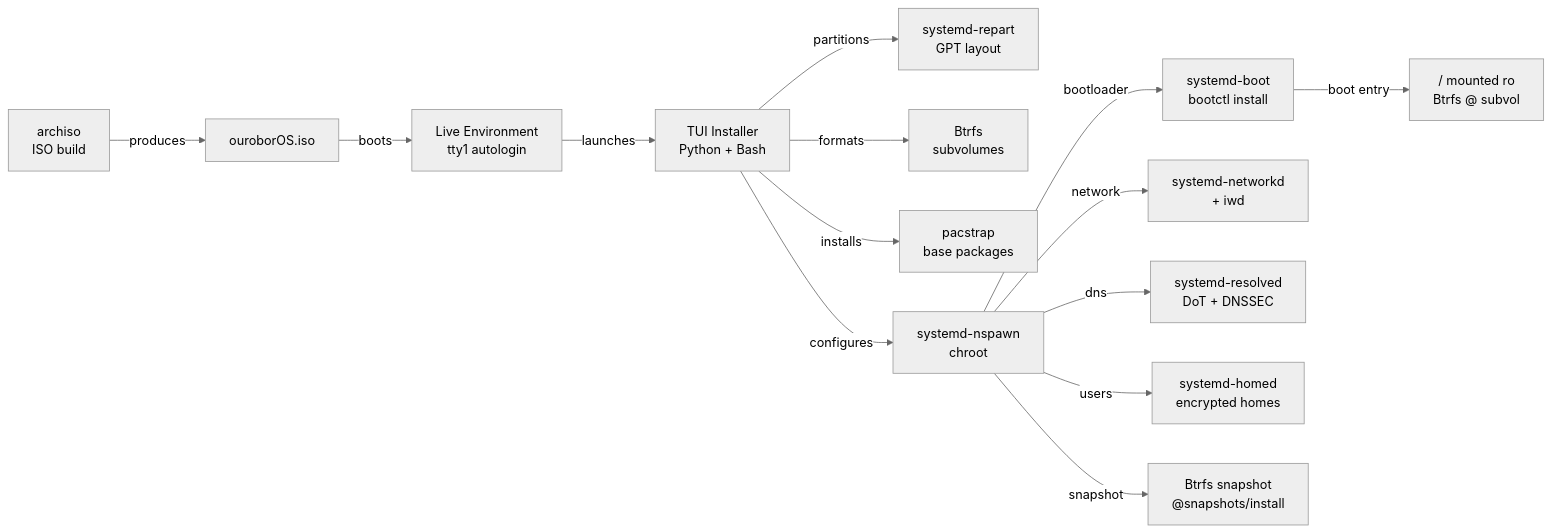
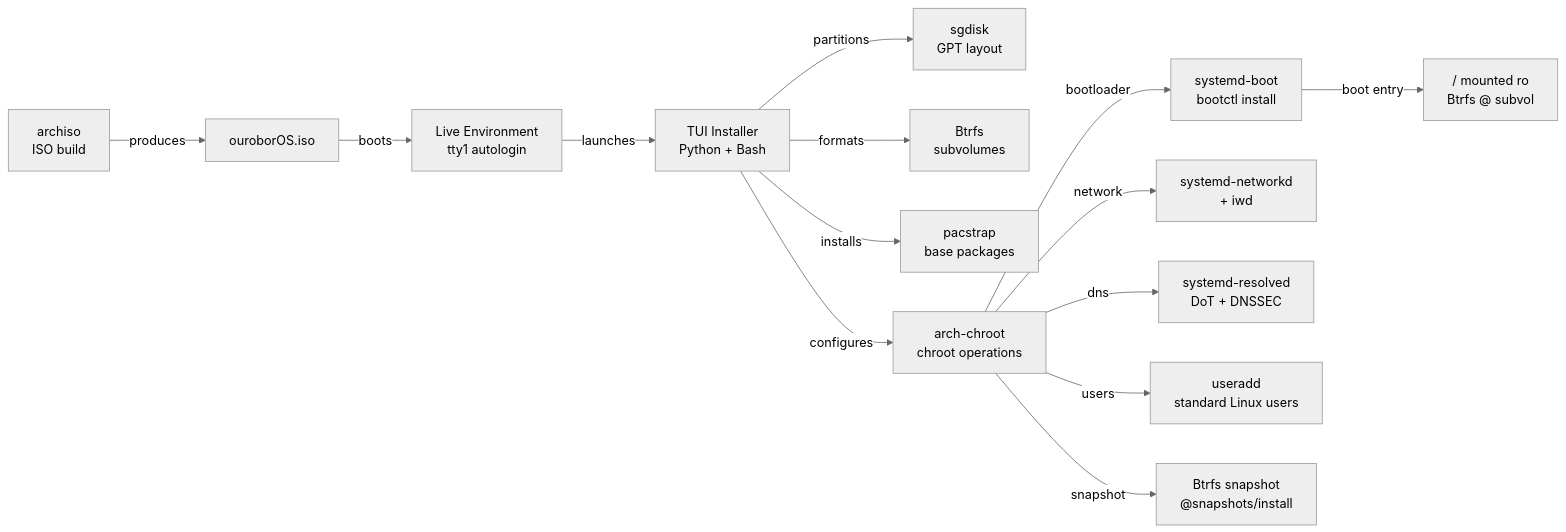
The second of 2 diagrams in docs/architecture/overview.md (Arkh-Ur/ouroborOS), drawn with Mermaid (neutral theme) before and after one commit. The commit also changed other lines of this file and 9 other files, not shown here.

````diff
--- a/docs/architecture/overview.md
+++ b/docs/architecture/overview.md
@@ -52,19 +52,19 @@
 ```mermaid
 graph LR
     archiso["archiso\nISO build"] -->|produces| ISO["ouroborOS.iso"]
     ISO -->|boots| Live["Live Environment\ntty1 autologin"]
     Live -->|launches| Installer["TUI Installer\nPython + Bash"]
 
-    Installer -->|partitions| REPART["systemd-repart\nGPT layout"]
+    Installer -->|partitions| SGDISK["sgdisk\nGPT layout"]
     Installer -->|formats| BTRFS["Btrfs\nsubvolumes"]
     Installer -->|installs| PACSTRAP["pacstrap\nbase packages"]
-    Installer -->|configures| NSPAWN["systemd-nspawn\nchroot"]
+    Installer -->|configures| ARCHCHROOT["arch-chroot\nchroot operations"]
 
-    NSPAWN -->|bootloader| SDBOOT["systemd-boot\nbootctl install"]
-    NSPAWN -->|network| NETWORKD["systemd-networkd\n+ iwd"]
-    NSPAWN -->|dns| RESOLVED["systemd-resolved\nDoT + DNSSEC"]
-    NSPAWN -->|users| HOMED["systemd-homed\nencrypted homes"]
-    NSPAWN -->|snapshot| SNAP["Btrfs snapshot\n@snapshots/install"]
+    ARCHCHROOT -->|bootloader| SDBOOT["systemd-boot\nbootctl install"]
+    ARCHCHROOT -->|network| NETWORKD["systemd-networkd\n+ iwd"]
+    ARCHCHROOT -->|dns| RESOLVED["systemd-resolved\nDoT + DNSSEC"]
+    ARCHCHROOT -->|users| USERADD["useradd\nstandard Linux users"]
+    ARCHCHROOT -->|snapshot| SNAP["Btrfs snapshot\n@snapshots/install"]
 
     SDBOOT -->|boot entry| RO_ROOT["/ mounted ro\nBtrfs @ subvol"]
 ```
````
